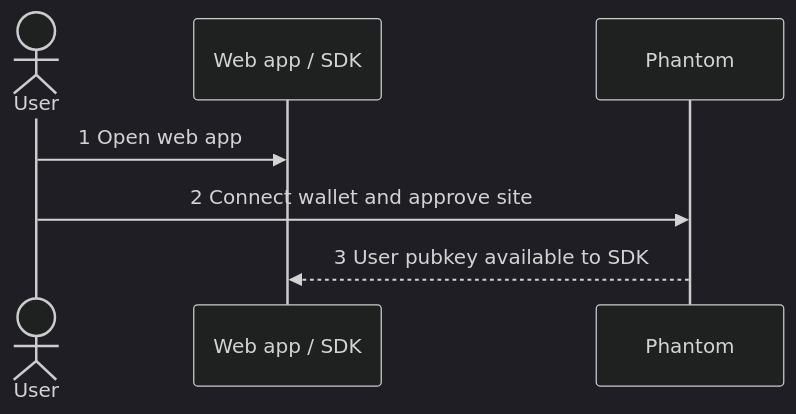
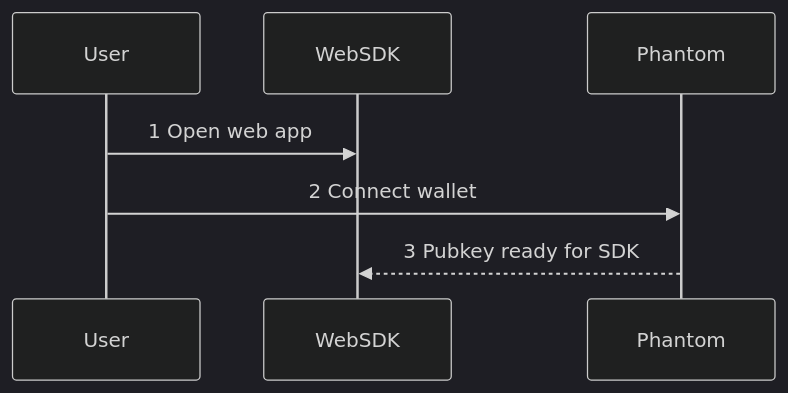
The second of 7 diagrams in docs/architecture.md (pprogrammingg/zk-spot-shield), drawn with Mermaid (dark theme) before and after one commit. The commit also changed other lines of this file and 6 other files, not shown here.

````diff
--- a/docs/architecture.md
+++ b/docs/architecture.md
@@ -79,10 +79,9 @@
 ```mermaid
 sequenceDiagram
-    actor U as User
-    participant W as Web app / SDK
-    participant Ph as Phantom
-
-    U->>W: 1 Open web app
-    U->>Ph: 2 Connect wallet and approve site
-    Ph-->>W: 3 User pubkey available to SDK
+  participant U as User
+  participant W as WebSDK
+  participant Ph as Phantom
+  U->>W: 1 Open web app
+  U->>Ph: 2 Connect wallet
+  Ph-->>W: 3 Pubkey ready for SDK
 ```
````
